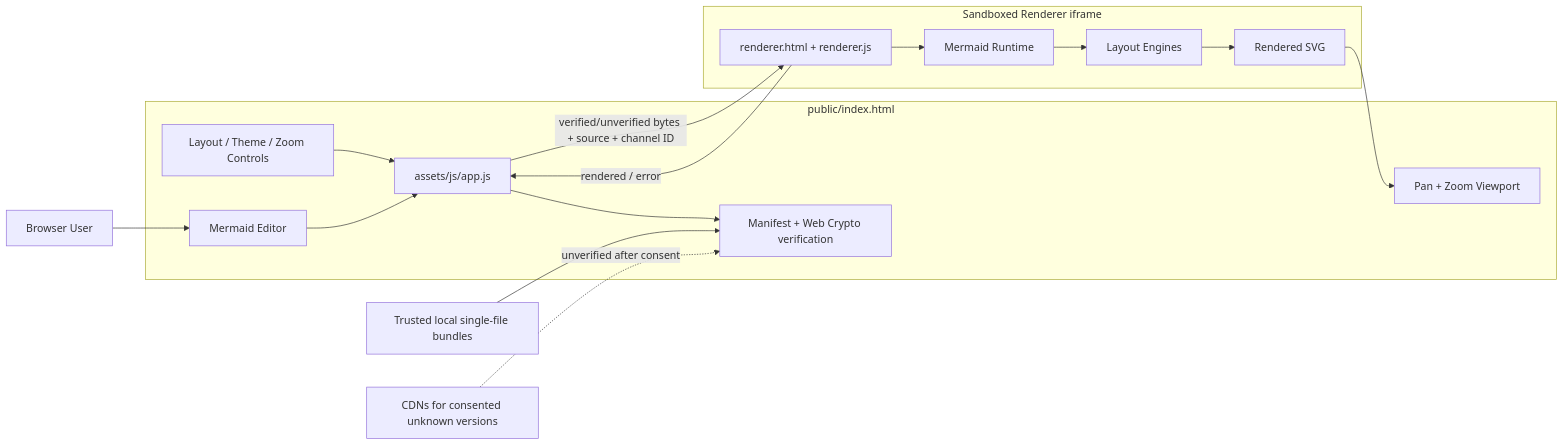
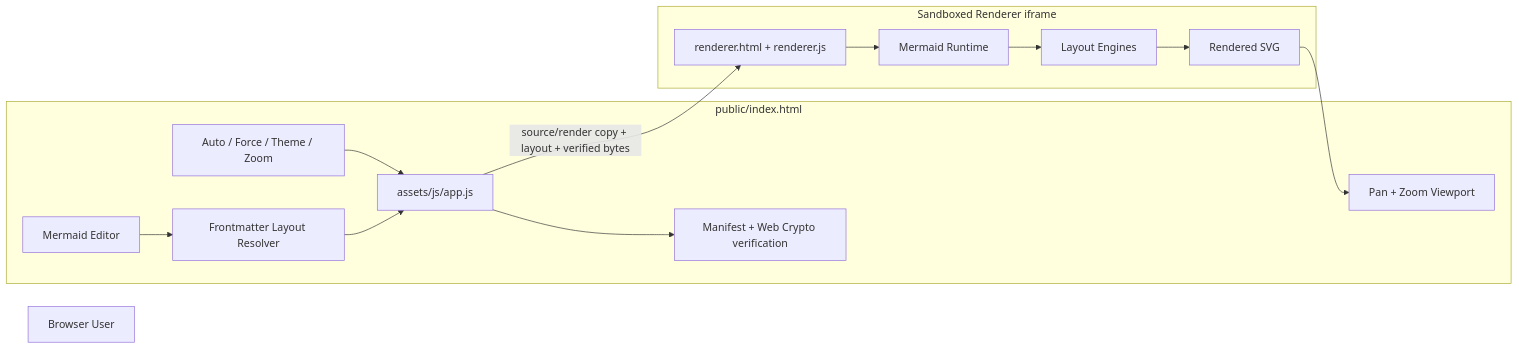
The first of 2 diagrams in ARCHITECTURE.md (safesploitOrg/mermaid-viewer), drawn with Mermaid before and after one commit. The commit also changed other lines of this file and 14 other files, not shown here.

First line of the commit message:
Add Mermaid frontmatter layout auto-detect

````diff
--- a/ARCHITECTURE.md
+++ b/ARCHITECTURE.md
@@ -18,36 +19,30 @@
 ```mermaid
 flowchart LR
     USER[Browser User]
 
     subgraph PARENT[public/index.html]
         EDITOR[Mermaid Editor]
-        CONTROLS[Layout / Theme / Zoom Controls]
+        DETECT[Frontmatter Layout Resolver]
+        CONTROLS[Auto / Force / Theme / Zoom]
         INTEGRITY[Manifest + Web Crypto verification]
+        APP[assets/js/app.js]
         VIEWPORT[Pan + Zoom Viewport]
-        APP[assets/js/app.js]
     end
 
     subgraph SANDBOX[Sandboxed Renderer iframe]
         RENDERER[renderer.html + renderer.js]
         MERMAID[Mermaid Runtime]
         LAYOUTS[Layout Engines]
         SVG[Rendered SVG]
     end
 
-    LOCAL[Trusted local single-file bundles]
-    CDN[CDNs for consented unknown versions]
-
-    USER --> EDITOR
+    EDITOR --> DETECT
     CONTROLS --> APP
-    EDITOR --> APP
+    DETECT --> APP
     APP --> INTEGRITY
-    LOCAL --> INTEGRITY
-    CDN -. unverified after consent .-> INTEGRITY
-    APP -->|verified/unverified bytes + source + channel ID| RENDERER
+    APP -->|source/render copy + layout + verified bytes| RENDERER
     RENDERER --> MERMAID
     MERMAID --> LAYOUTS
     LAYOUTS --> SVG
     SVG --> VIEWPORT
-    RENDERER -->|rendered / error| APP
-
 ```
````
